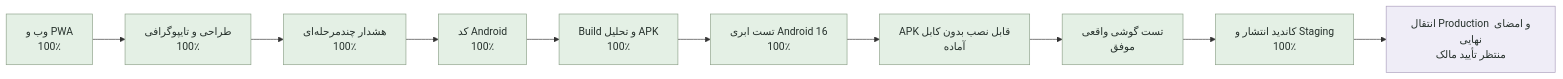
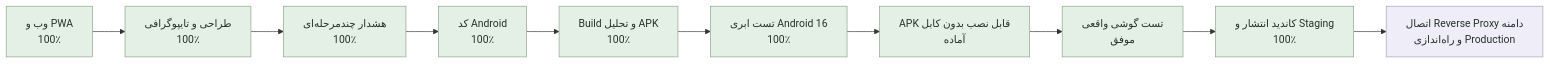
The diagram in PROJECT_STATUS.md (tparkhondeh/personalAgent), drawn with Mermaid before and after one commit. The commit also changed other lines of this file, not shown here.

Commit message:
chore: update status after final local QA and production smoke block

````diff
--- a/PROJECT_STATUS.md
+++ b/PROJECT_STATUS.md
@@ -20,19 +18,19 @@
 ```mermaid
 flowchart LR
     A[وب و PWA<br/>100٪] --> B[طراحی و تایپوگرافی<br/>100٪]
     B --> C[هشدار چندمرحله‌ای<br/>100٪]
     C --> D[کد Android<br/>100٪]
     D --> E[Build و تحلیل APK<br/>100٪]
     E --> H[تست ابری Android 16<br/>100٪]
     H --> I[APK قابل نصب بدون کابل<br/>آماده]
     I --> G[تست گوشی واقعی<br/>موفق]
     G --> J[کاندید انتشار و Staging<br/>100٪]
-    J --> F[انتقال Production و امضای نهایی<br/>منتظر تأیید مالک]
+    J --> F[اتصال Reverse Proxy دامنه<br/>و راه‌اندازی Production]
 
     classDef done fill:#e4f0e5,stroke:#8ca088,color:#26312c;
     classDef active fill:#f8eee8,stroke:#d7a98f,color:#26312c;
     classDef pending fill:#efedf7,stroke:#aa9dbc,color:#26312c;
     class A,B,H,I,G,J done;
     class C,D,E done;
     class F pending;
 ```
````
